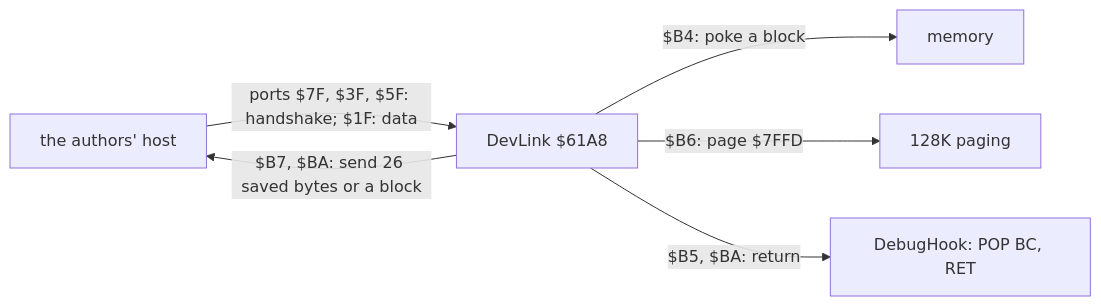
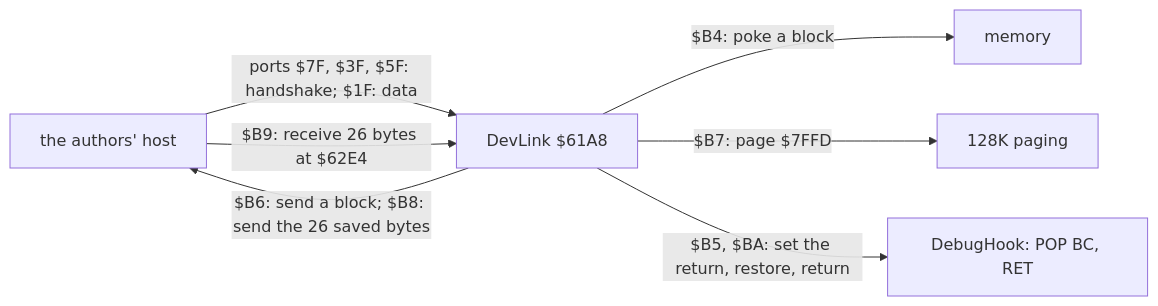
One commit to alfishe/unrealng-reverse-cases changed the second of 5 diagrams in games/rex/docs/02-architecture.md. Above: the diagram before and after it, drawn with Mermaid. The commit also changed other lines of this file and 40 other files, not shown here.

````diff
--- a/games/rex/docs/02-architecture.md
+++ b/games/rex/docs/02-architecture.md
@@ -195,8 +197,9 @@
 ```mermaid
 flowchart LR
     H["the authors' host"] -->|"ports $7F, $3F, $5F: handshake; $1F: data"| L["DevLink $61A8"]
+    H -->|"$B9: receive 26 bytes at $62E4"| L
     L -->|"$B4: poke a block"| M["memory"]
-    L -->|"$B6: page $7FFD"| P["128K paging"]
-    L -->|"$B7, $BA: send 26 saved bytes or a block"| H
-    L -->|"$B5, $BA: return"| D["DebugHook: POP BC, RET"]
+    L -->|"$B7: page $7FFD"| P["128K paging"]
+    L -->|"$B6: send a block; $B8: send the 26 saved bytes"| H
+    L -->|"$B5, $BA: set the return, restore, return"| D["DebugHook: POP BC, RET"]
 ```
````
